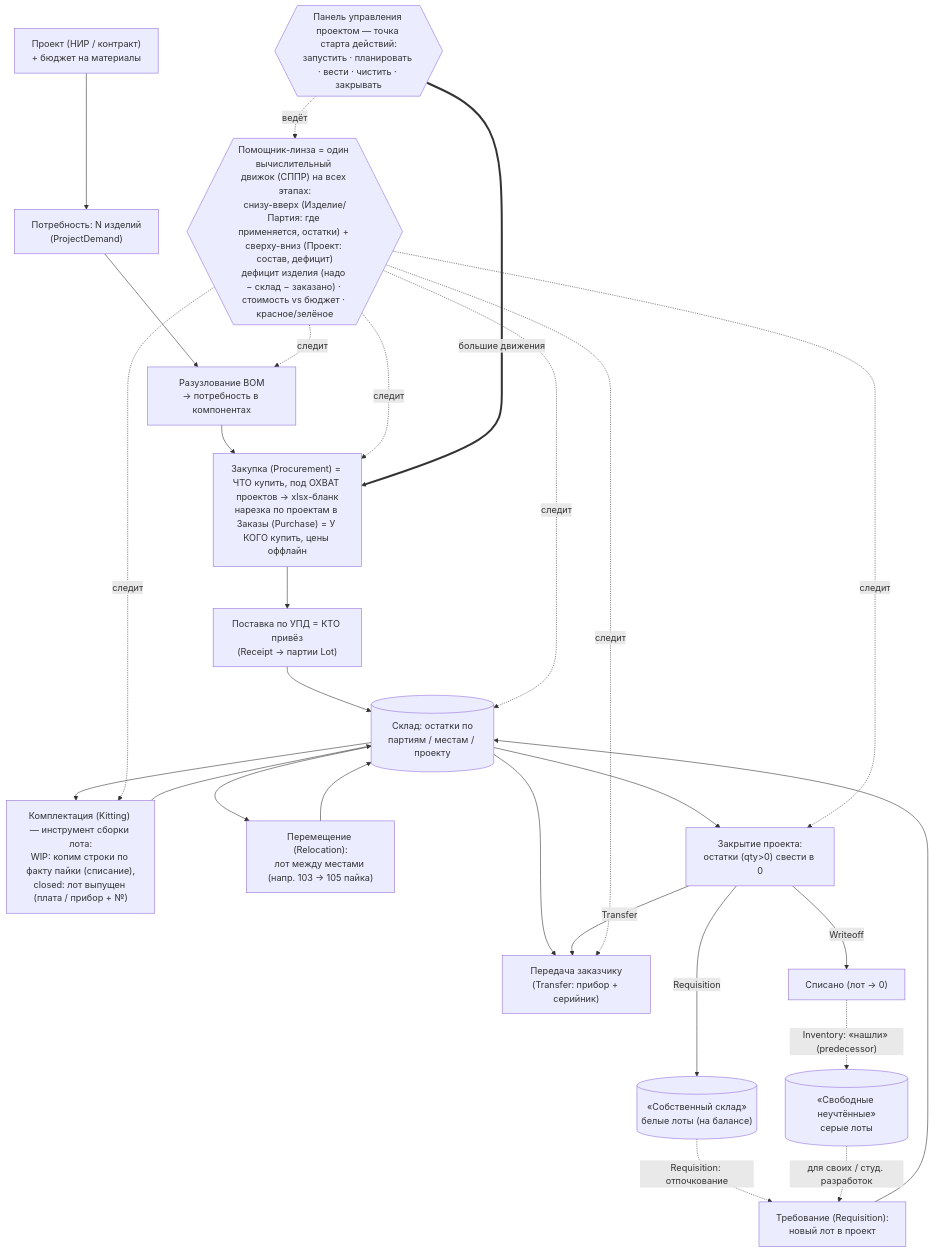
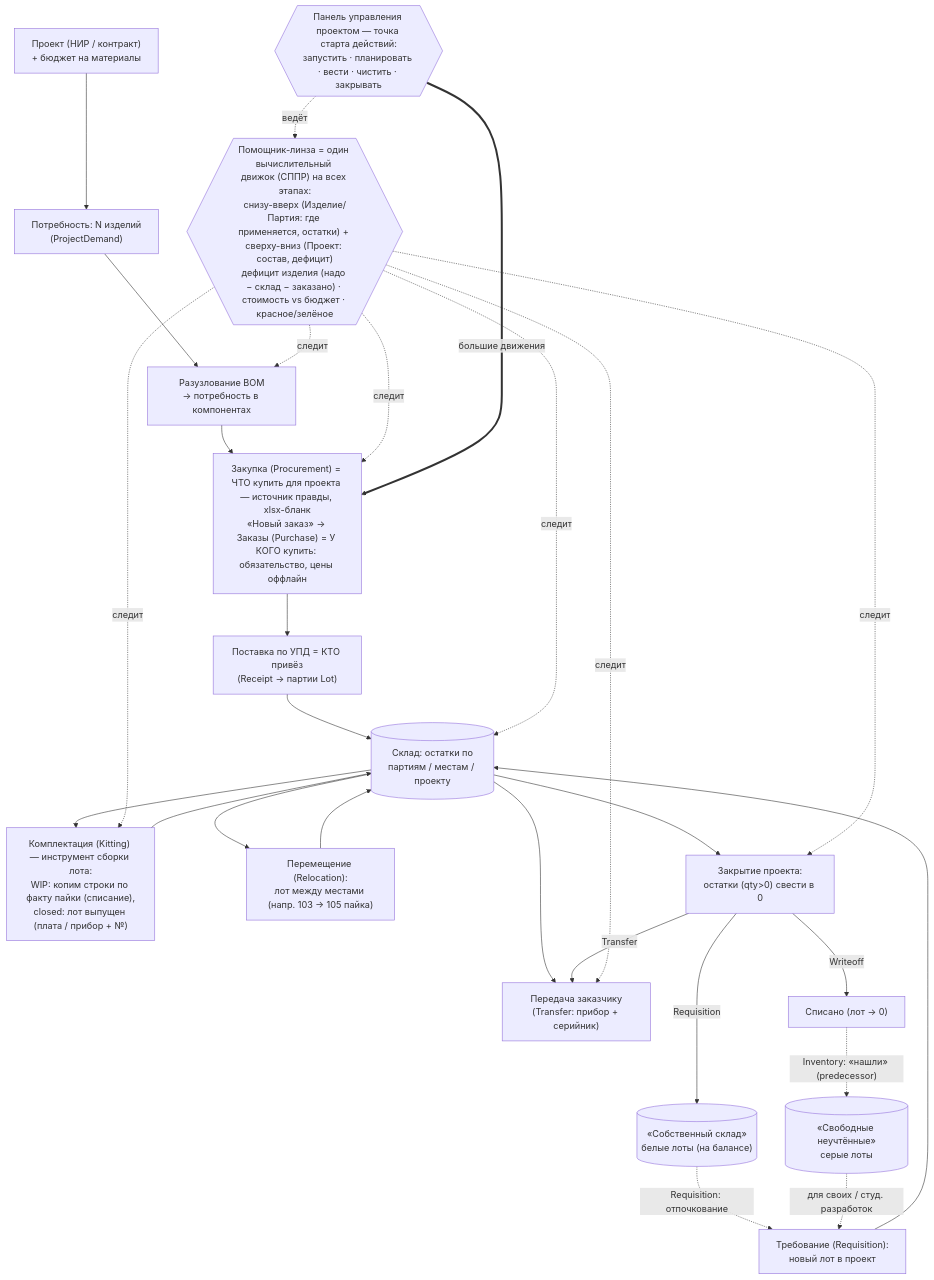
The first of 2 diagrams in README.md (ivanpotylitcyn/plume), drawn with Mermaid before and after one commit. The commit also changed other lines of this file and 24 other files, not shown here.

````diff
--- a/README.md
+++ b/README.md
@@ -142,36 +142,36 @@
 ```mermaid
 flowchart TD
   P["Проект (НИР / контракт)<br/>+ бюджет на материалы"] --> D["Потребность: N изделий<br/>(ProjectDemand)"]
   D --> B["Разузлование BOM<br/>→ потребность в компонентах"]
-  B --> ORD["Закупка (Procurement) = ЧТО купить, под ОХВАТ проектов → xlsx-бланк<br/>нарезка по проектам в Заказы (Purchase) = У КОГО купить, цены оффлайн"]
+  B --> ORD["Закупка (Procurement) = ЧТО купить для проекта — источник правды, xlsx-бланк<br/>«Новый заказ» → Заказы (Purchase) = У КОГО купить: обязательство, цены оффлайн"]
   ORD --> UPD["Поставка по УПД = КТО привёз<br/>(Receipt → партии Lot)"]
   UPD --> W
 
   W[("Склад: остатки по<br/>партиям / местам / проекту")]
   W --> KIT["Комплектация (Kitting) — инструмент сборки лота:<br/>WIP: копим строки по факту пайки (списание),<br/>closed: лот выпущен (плата / прибор + №)"]
   KIT --> W
   W --> REL["Перемещение (Relocation):<br/>лот между местами (напр. 103 → 105 пайка)"]
   REL --> W
   W --> T["Передача заказчику<br/>(Transfer: прибор + серийник)"]
 
   W --> CLOSE["Закрытие проекта:<br/>остатки (qty>0) свести в 0"]
   CLOSE -->|Transfer| T
   CLOSE -->|Writeoff| WOFF["Списано (лот → 0)"]
   CLOSE -->|Requisition| WHITE[("«Собственный склад»<br/>белые лоты (на балансе)")]
   WOFF -.->|"Inventory: «нашли» (predecessor)"| GRAY[("«Свободные неучтённые»<br/>серые лоты")]
 
   WHITE -.->|"Requisition: отпочкование"| REQ["Требование (Requisition):<br/>новый лот в проект"]
   GRAY -.->|"для своих / студ. разработок"| REQ
   REQ --> W
 
   LENS{{"Помощник-линза = один вычислительный движок (СППР) на всех этапах:<br/>снизу-вверх (Изделие/Партия: где применяется, остатки) + сверху-вниз (Проект: состав, дефицит)<br/>дефицит изделия (надо − склад − заказано) · стоимость vs бюджет · красное/зелёное"}}
   DASH{{"Панель управления проектом — точка старта действий:<br/>запустить · планировать · вести · чистить · закрывать"}}
   LENS -. следит .-> B
   LENS -. следит .-> ORD
   LENS -. следит .-> W
   LENS -. следит .-> KIT
   LENS -. следит .-> T
   LENS -. следит .-> CLOSE
   DASH -. ведёт .-> LENS
   DASH ==>|"большие движения"| ORD
 ```
````
